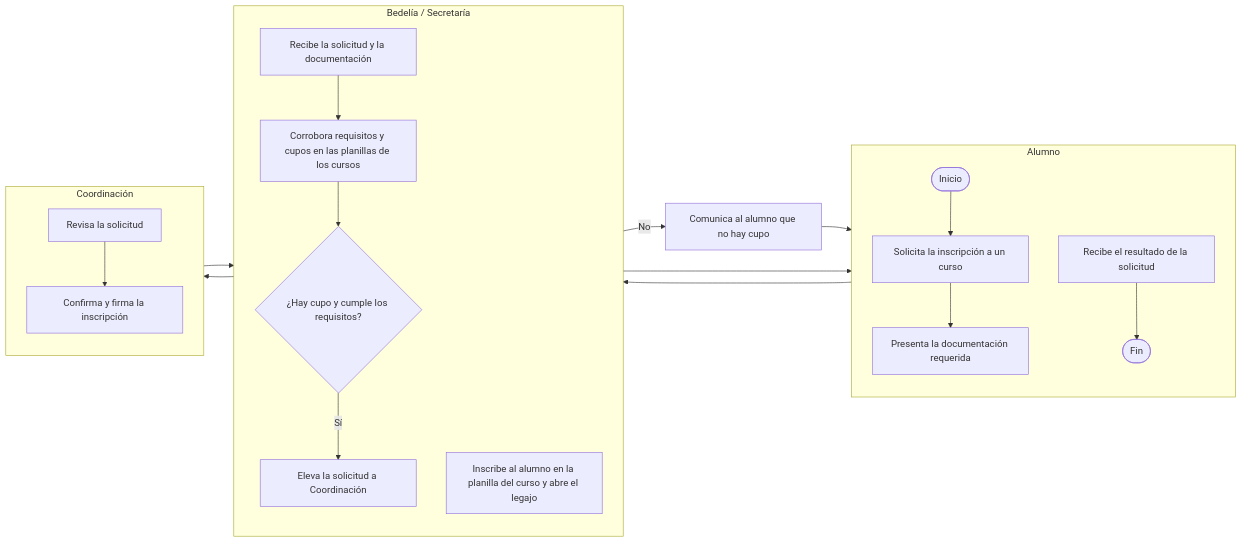
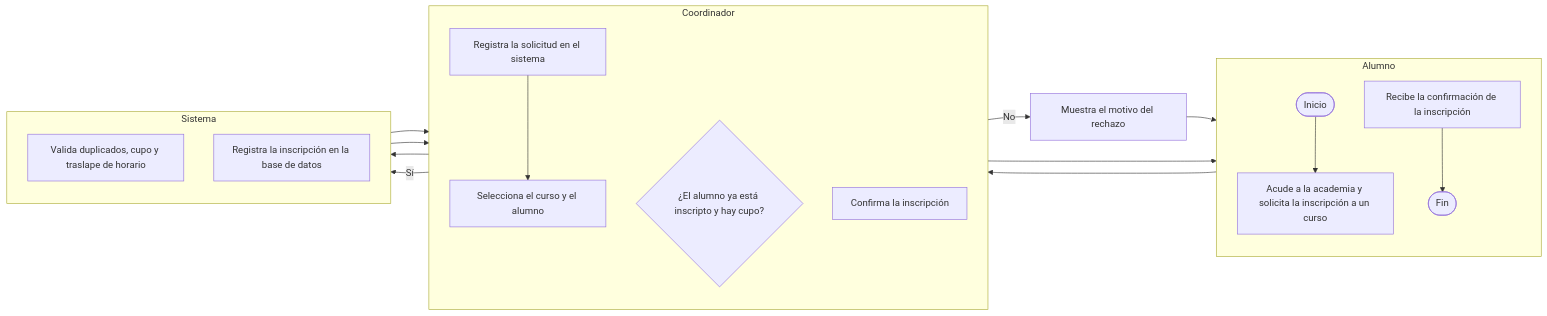
The diagram in docs/mermaid-live/3.1.3.actividad-inscripcion.mmd (DarioZubaray/Proyecto-Final), drawn with Mermaid before and after one commit. The commit also changed 14 other files, not shown here.

First line of the commit message:
docs(procesos): diagramas de actividad con 4 roles y modelo conceptual

```diff
--- a/docs/mermaid-live/3.1.3.actividad-inscripcion.mmd
+++ b/docs/mermaid-live/3.1.3.actividad-inscripcion.mmd
@@ -1,26 +1,24 @@
 flowchart LR
     subgraph ALM[Alumno]
         direction TB
         A1([Inicio])
-        A2[Solicita la inscripción a un curso]
-        A3[Presenta la documentación requerida]
-        A4[Recibe el resultado de la solicitud]
-        A5([Fin])
+        A2[Acude a la academia y solicita la inscripción a un curso]
+        A3[Recibe la confirmación de la inscripción]
+        A4([Fin])
     end
-    subgraph BED[Bedelía / Secretaría]
+    subgraph COO[Coordinador]
         direction TB
-        B1[Recibe la solicitud y la documentación]
-        B2[Corrobora requisitos y cupos en las planillas de los cursos]
-        B3{¿Hay cupo y cumple los requisitos?}
-        B4[Eleva la solicitud a Coordinación]
-        B5[Inscribe al alumno en la planilla del curso y abre el legajo]
+        C1[Registra la solicitud en el sistema]
+        C2[Selecciona el curso y el alumno]
+        C3{¿El alumno ya está inscripto y hay cupo?}
+        C4[Confirma la inscripción]
     end
-    subgraph COO[Coordinación]
+    subgraph SIS[Sistema]
         direction TB
-        C1[Revisa la solicitud]
-        C2[Confirma y firma la inscripción]
+        S1[Valida duplicados, cupo y traslape de horario]
+        S2[Registra la inscripción en la base de datos]
     end
-    A1 --> A2 --> A3
-    A3 --> B1 --> B2 --> B3
-    B3 -->|No| B6[Comunica al alumno que no hay cupo] --> A4 --> A5
-    B3 -->|Sí| B4 --> C1 --> C2 --> B5 --> A4
+    A1 --> A2 --> C1 --> C2 --> S1
+    S1 --> C3
+    C3 -->|No| C5[Muestra el motivo del rechazo] --> A3 --> A4
+    C3 -->|Sí| S2 --> C4 --> A3
```
